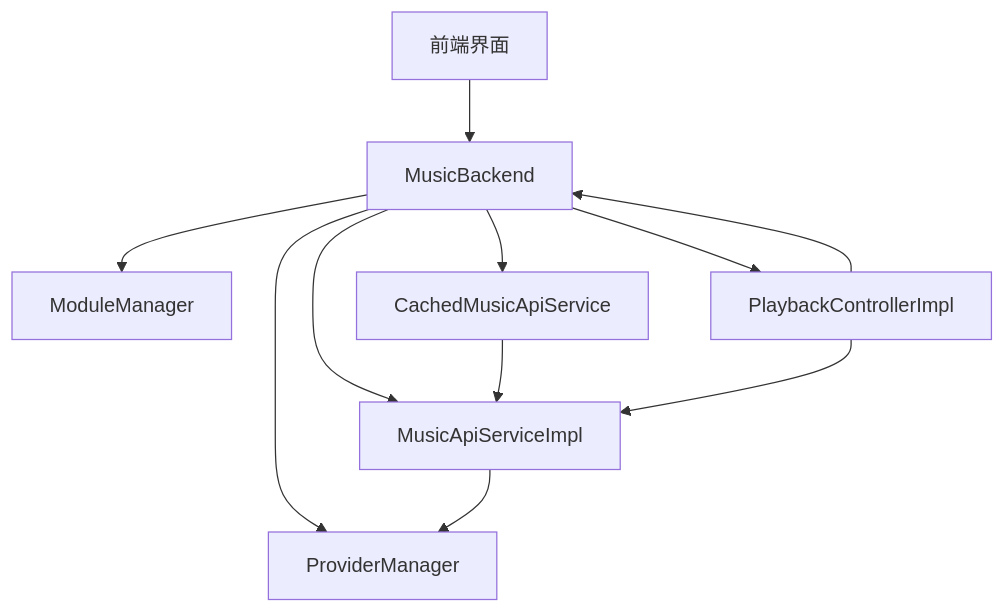
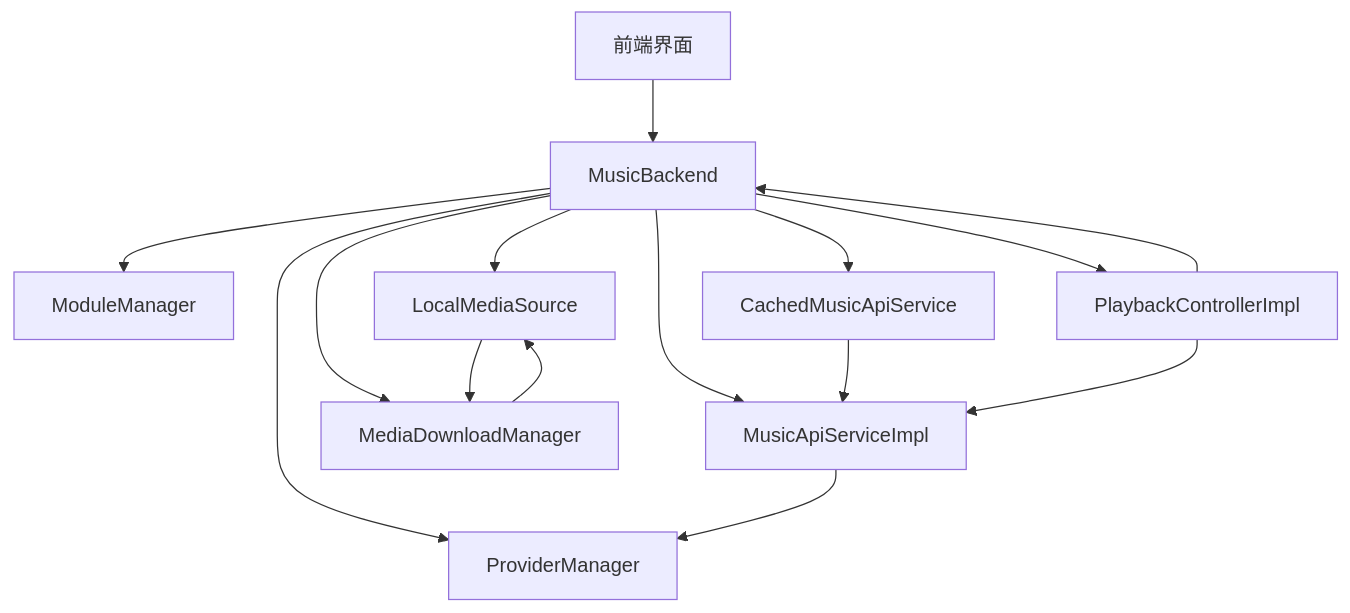
One commit to Aurora-Nasa-1/CPPlayer-KMP changed the first of 3 diagrams in .qoder/repowiki/zh/content/架构设计/后端架构设计/MusicBackend 核心设计.md. Above: the diagram before and after it, drawn with Mermaid. The commit also changed other lines of this file and 47 other files, not shown here.

````diff
--- a/.qoder/repowiki/zh/content/架构设计/后端架构设计/MusicBackend 核心设计.md
+++ b/.qoder/repowiki/zh/content/架构设计/后端架构设计/MusicBackend 核心设计.md
@@ -37,13 +49,17 @@
 ```mermaid
 graph TB
 UI["前端界面"] --> MB["MusicBackend"]
 MB --> PM["ProviderManager"]
 MB --> MM["ModuleManager"]
 MB --> API["MusicApiServiceImpl"]
 MB --> CAPI["CachedMusicApiService"]
 MB --> PC["PlaybackControllerImpl"]
+MB --> LM["LocalMediaSource"]
+MB --> DM["MediaDownloadManager"]
 API --> PM
 CAPI --> API
 PC --> API
 PC --> MB
+LM --> DM
+DM --> LM
 ```
````
